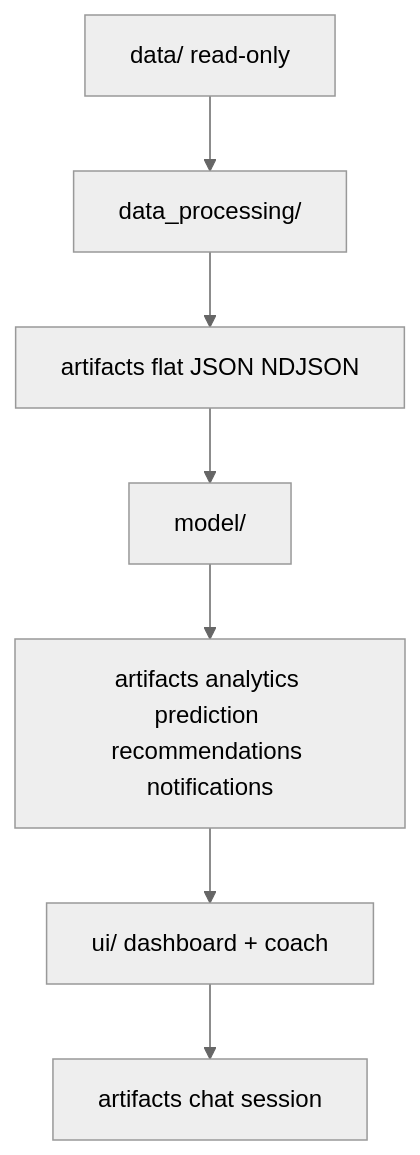
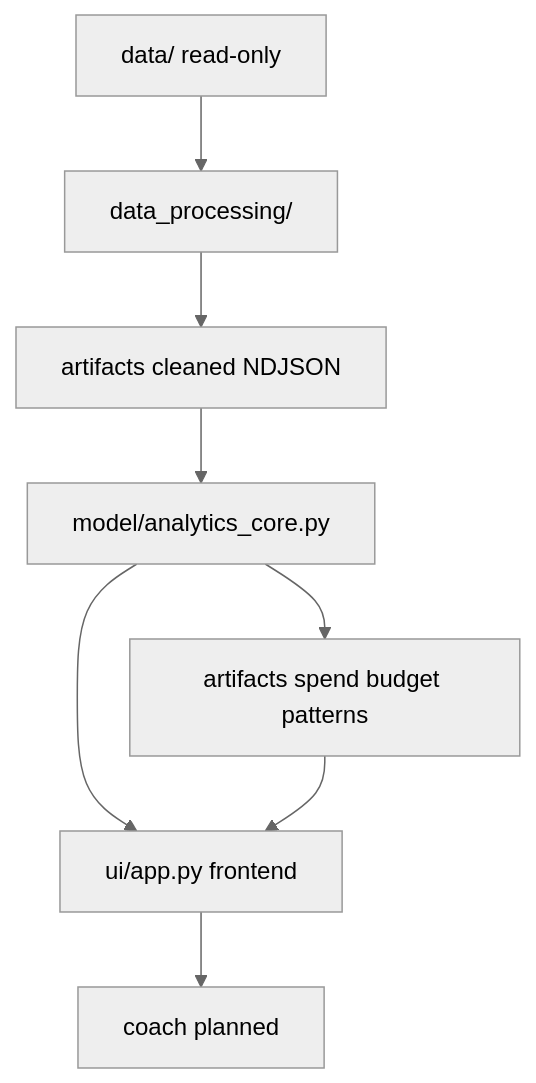
Before and after one commit to nickyphammy/JHU-personal-finance: the diagram in PROJECT_SPEC.md, drawn with Mermaid (neutral theme). The commit also changed other lines of this file and 3 other files, not shown here.

````diff
--- a/PROJECT_SPEC.md
+++ b/PROJECT_SPEC.md
@@ -82,9 +87,10 @@
 ```mermaid
 flowchart TD
   dataDir["data/ read-only"] --> dataProcessing["data_processing/"]
-  dataProcessing --> artifactsFlat["artifacts flat JSON NDJSON"]
-  artifactsFlat --> modelLayer["model/"]
-  modelLayer --> artifactsIntel["artifacts analytics prediction recommendations notifications"]
-  artifactsIntel --> uiLayer["ui/ dashboard + coach"]
-  uiLayer --> chatState["artifacts chat session"]
+  dataProcessing --> artifactsClean["artifacts cleaned NDJSON"]
+  artifactsClean --> analyticsCore["model/analytics_core.py"]
+  analyticsCore --> artifactsIntel["artifacts spend budget patterns"]
+  analyticsCore --> uiLayer["ui/app.py frontend"]
+  artifactsIntel --> uiLayer
+  uiLayer --> futureCoach["coach planned"]
 ```
````
